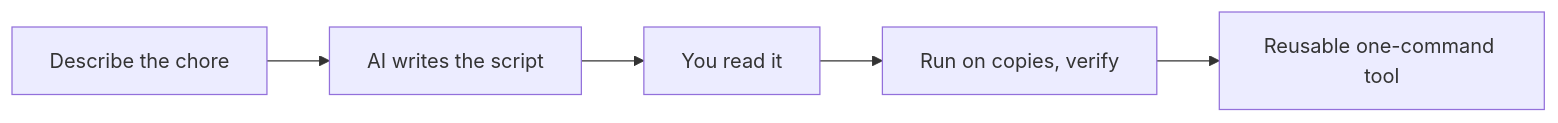
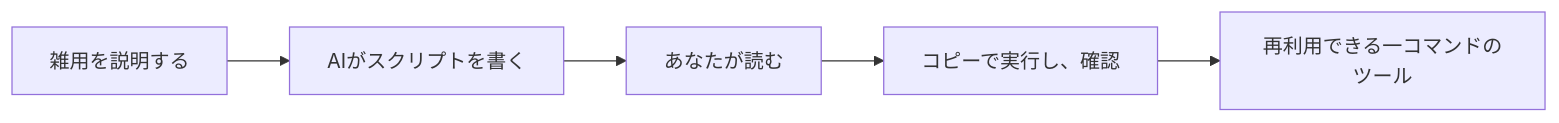
Before and after one commit to KakkoiDev/izumo-io: the diagram in content/ai/a07.ja.md, drawn with Mermaid. The commit also changed 47 other files, not shown here.

First line of the commit message:
Translate mermaid diagram labels to JA + PT in AI lessons

````diff
--- a/content/ai/a07.ja.md
+++ b/content/ai/a07.ja.md
@@ -32,7 +32,7 @@
 ```mermaid
 flowchart LR
-    A[Describe the chore] --> B[AI writes the script]
-    B --> C[You read it]
-    C --> D[Run on copies, verify]
-    D --> E[Reusable one-command tool]
+    A[雑用を説明する] --> B[AIがスクリプトを書く]
+    B --> C[あなたが読む]
+    C --> D[コピーで実行し、確認]
+    D --> E[再利用できる一コマンドのツール]
 ```
````
